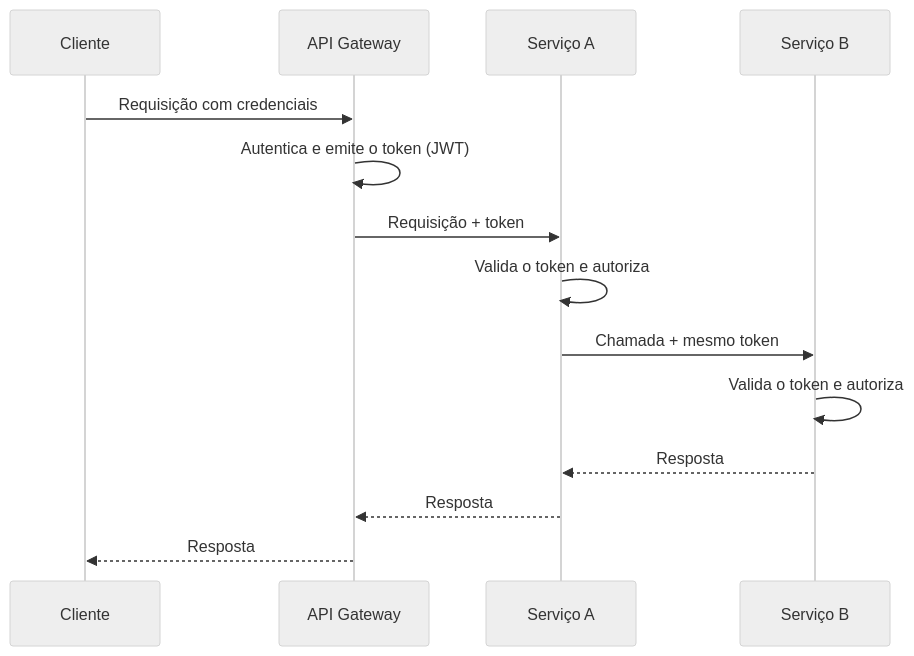
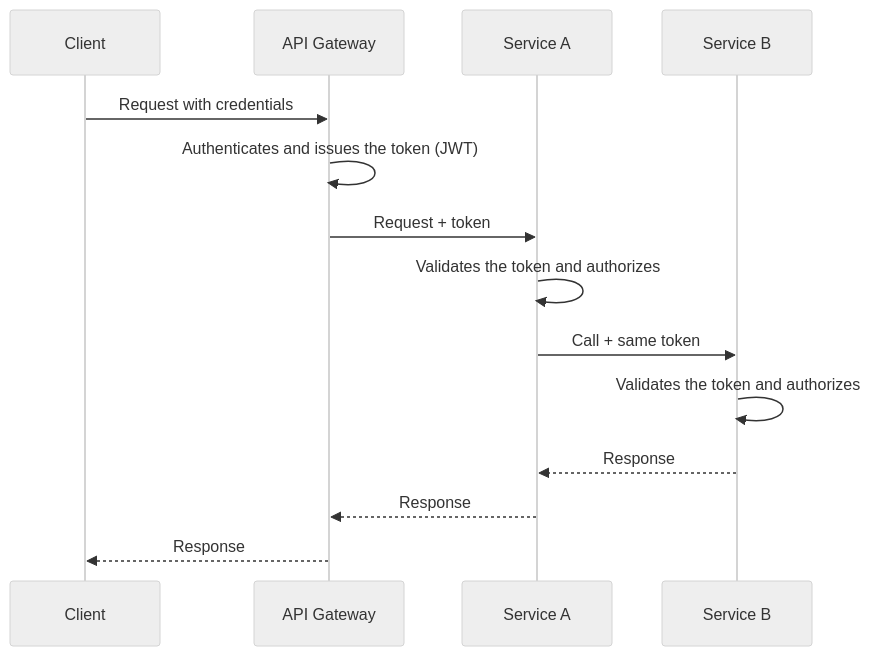
The diagram in docs/architecture/microservices/security/access-token.md (alancesar/design-patterns), drawn with Mermaid (neutral theme) before and after one commit. The commit also changed 258 other files, not shown here.

First line of the commit message:
Translate Mermaid diagrams to English

````diff
--- a/docs/architecture/microservices/security/access-token.md
+++ b/docs/architecture/microservices/security/access-token.md
@@ -54,16 +54,16 @@
 ```mermaid
 sequenceDiagram
-    participant C as Cliente
+    participant C as Client
     participant G as API Gateway
-    participant A as Serviço A
-    participant B as Serviço B
-    C->>G: Requisição com credenciais
-    G->>G: Autentica e emite o token (JWT)
-    G->>A: Requisição + token
-    A->>A: Valida o token e autoriza
-    A->>B: Chamada + mesmo token
-    B->>B: Valida o token e autoriza
-    B-->>A: Resposta
-    A-->>G: Resposta
-    G-->>C: Resposta
+    participant A as Service A
+    participant B as Service B
+    C->>G: Request with credentials
+    G->>G: Authenticates and issues the token (JWT)
+    G->>A: Request + token
+    A->>A: Validates the token and authorizes
+    A->>B: Call + same token
+    B->>B: Validates the token and authorizes
+    B-->>A: Response
+    A-->>G: Response
+    G-->>C: Response
 ```
````
